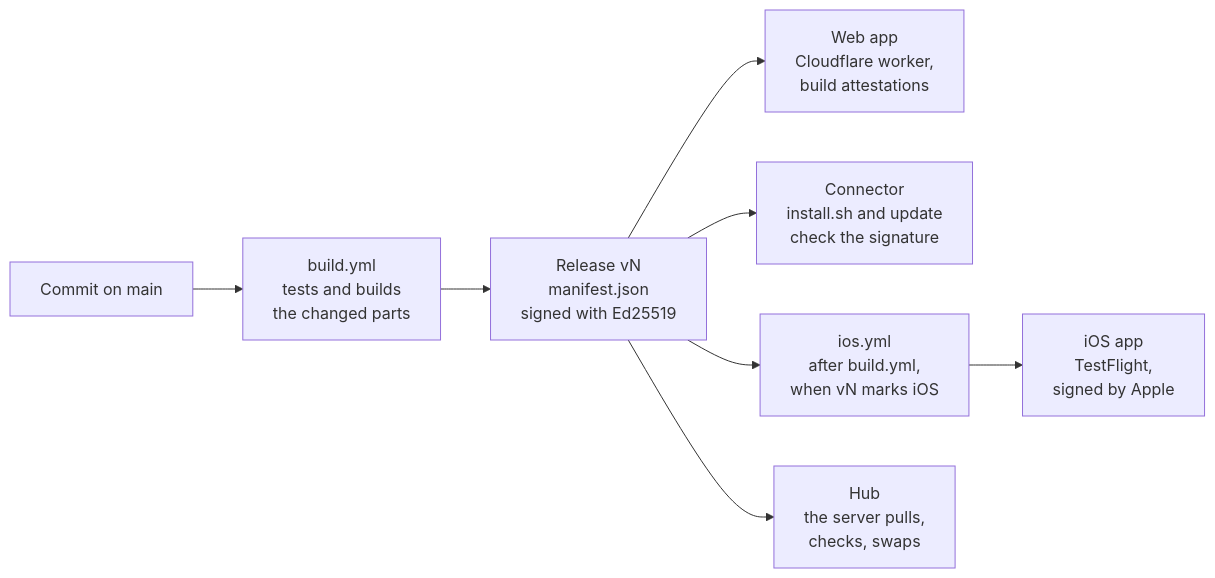
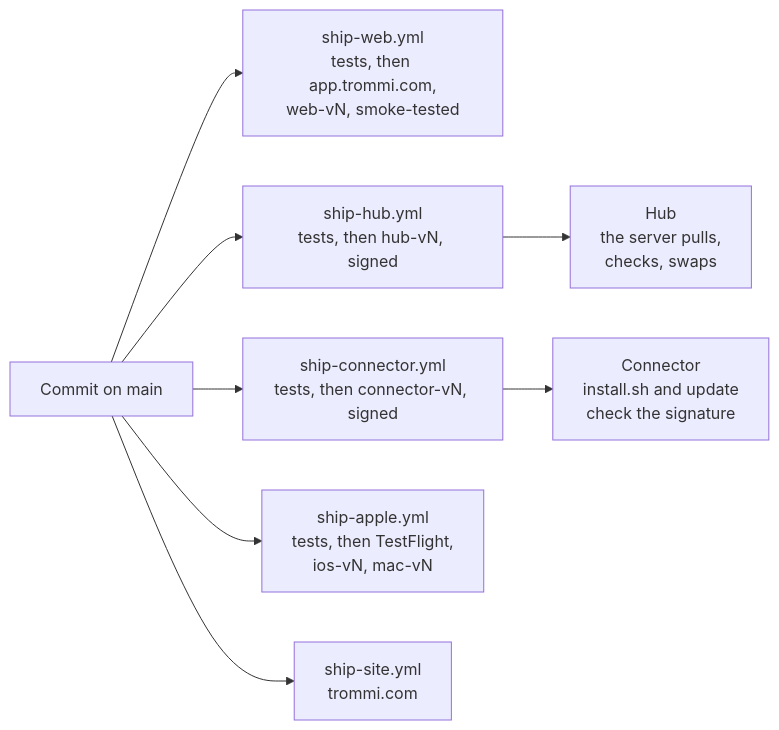
One commit to chriopter/trommi changed the fifth of 6 diagrams in README.md. Above: the diagram before and after it, drawn with Mermaid. The commit also changed other lines of this file and 58 other files, not shown here.

Commit message:
2026-10-13-44: New: one pipeline per part (pr-check, ship-web, ship-hub, ship-connector, ship-apple, ship-linux, ship-site, nightly, sign-release); Better: pull requests run a fast tier, the giant tests are nightly

````diff
--- a/README.md
+++ b/README.md
@@ -241,10 +241,8 @@
 ```mermaid
 flowchart LR
-  commit["Commit on main"] --> build["build.yml<br/>tests and builds<br/>the changed parts"]
-  build --> rel["Release vN<br/>manifest.json<br/>signed with Ed25519"]
-  rel --> web["Web app<br/>Cloudflare worker,<br/>build attestations"]
-  rel --> conn["Connector<br/>install.sh and update<br/>check the signature"]
-  rel --> iosci["ios.yml<br/>after build.yml,<br/>when vN marks iOS"]
-  iosci --> ios["iOS app<br/>TestFlight,<br/>signed by Apple"]
-  rel --> hub["Hub<br/>the server pulls,<br/>checks, swaps"]
+  commit["Commit on main"] --> web["ship-web.yml<br/>tests, then app.trommi.com,<br/>web-vN, smoke-tested"]
+  commit --> hubrel["ship-hub.yml<br/>tests, then hub-vN, signed"] --> hub["Hub<br/>the server pulls,<br/>checks, swaps"]
+  commit --> connrel["ship-connector.yml<br/>tests, then connector-vN, signed"] --> conn["Connector<br/>install.sh and update<br/>check the signature"]
+  commit --> apple["ship-apple.yml<br/>tests, then TestFlight,<br/>ios-vN, mac-vN"]
+  commit --> site["ship-site.yml<br/>trommi.com"]
 ```
````
